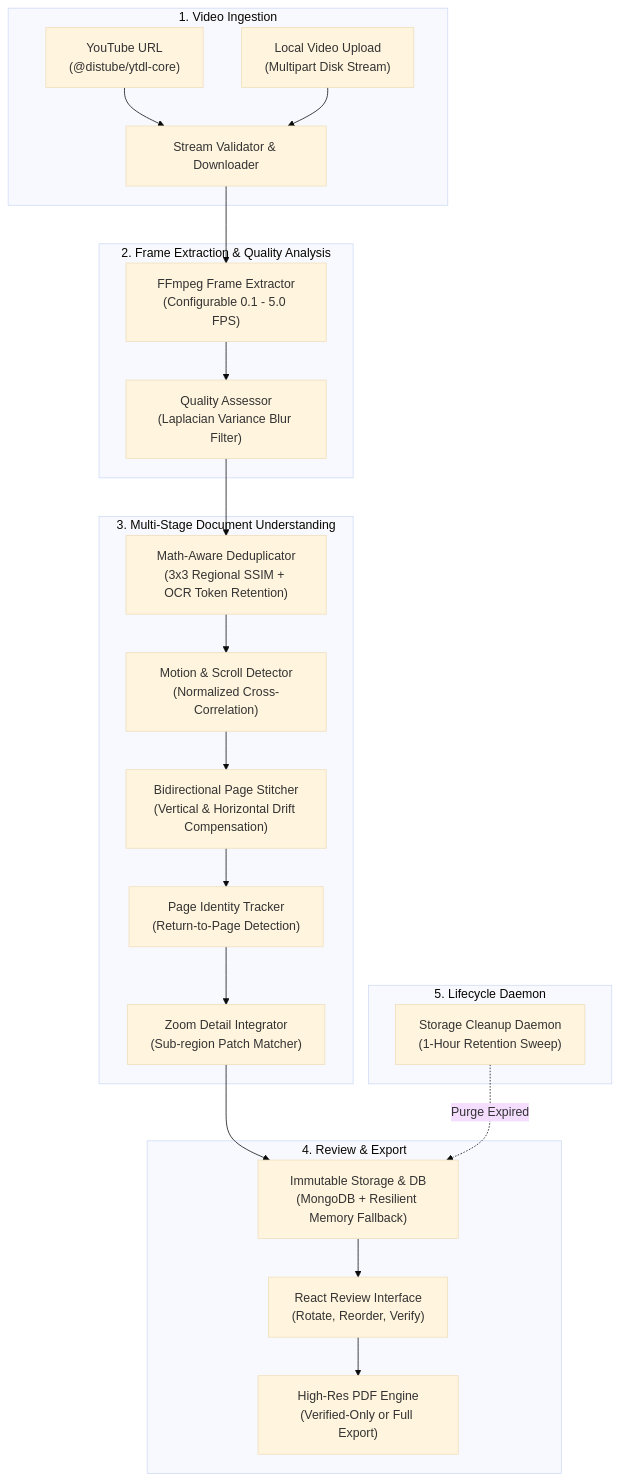
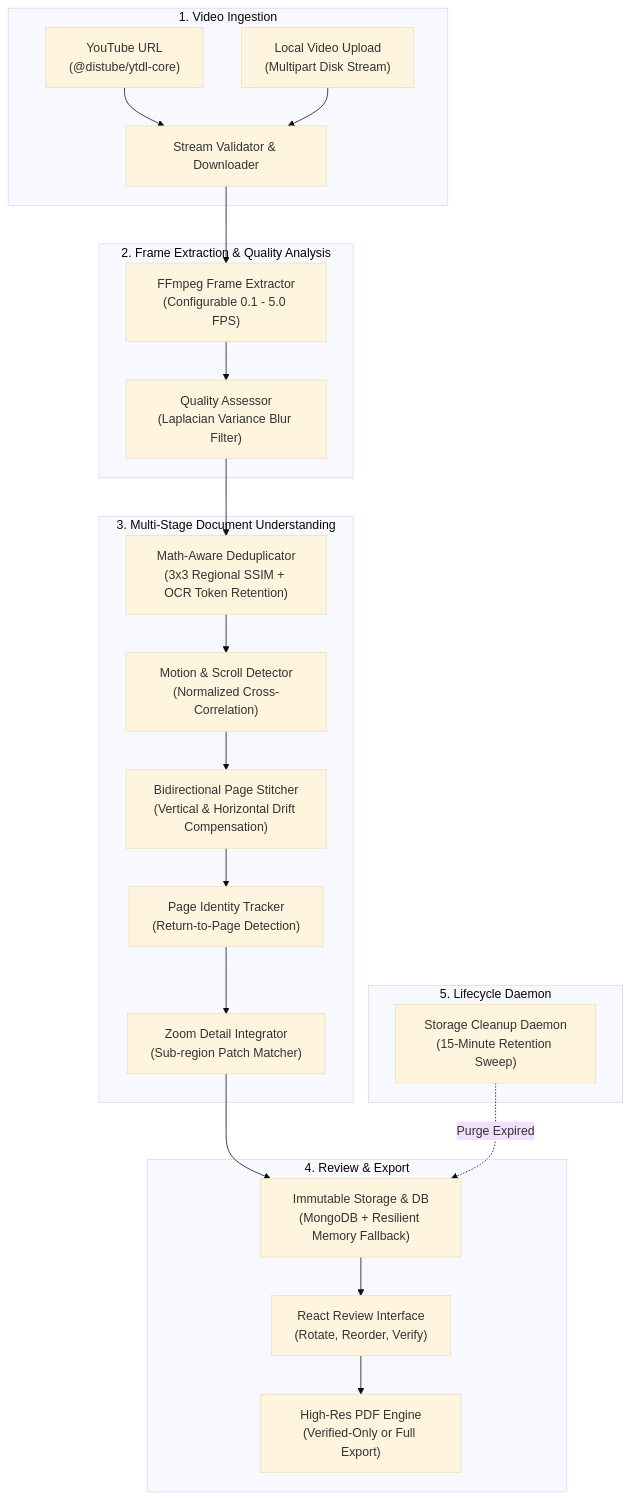
The diagram in README.md (muhammednawaf/lecture_note_extractor), drawn with Mermaid (base theme) before and after one commit. The commit also changed other lines of this file and 10 other files, not shown here.

Commit message:
fix: resolve frame rate limiting, bypass YouTube bot check, and reduce storage retention to 15m

````diff
--- a/README.md
+++ b/README.md
@@ -21,30 +21,30 @@
 ```mermaid
 flowchart TD
     subgraph Ingestion ["1. Video Ingestion"]
         YT["YouTube URL\n(@distube/ytdl-core)"] --> Ingest["Stream Validator & Downloader"]
         Local["Local Video Upload\n(Multipart Disk Stream)"] --> Ingest
     end
 
     subgraph Extraction ["2. Frame Extraction & Quality Analysis"]
         Ingest --> FFmpeg["FFmpeg Frame Extractor\n(Configurable 0.1 - 5.0 FPS)"]
         FFmpeg --> Quality["Quality Assessor\n(Laplacian Variance Blur Filter)"]
     end
 
     subgraph Detection ["3. Multi-Stage Document Understanding"]
         Quality --> Dedup["Math-Aware Deduplicator\n(3x3 Regional SSIM + OCR Token Retention)"]
         Dedup --> Motion["Motion & Scroll Detector\n(Normalized Cross-Correlation)"]
         Motion --> Stitcher["Bidirectional Page Stitcher\n(Vertical & Horizontal Drift Compensation)"]
         Stitcher --> Identity["Page Identity Tracker\n(Return-to-Page Detection)"]
         Identity --> Zoom["Zoom Detail Integrator\n(Sub-region Patch Matcher)"]
     end
 
     subgraph Curation ["4. Review & Export"]
         Zoom --> Store["Immutable Storage & DB\n(MongoDB + Resilient Memory Fallback)"]
         Store --> ReviewUI["React Review Interface\n(Rotate, Reorder, Verify)"]
         ReviewUI --> PDF["High-Res PDF Engine\n(Verified-Only or Full Export)"]
     end
 
     subgraph Lifecycle ["5. Lifecycle Daemon"]
-        Cleanup["Storage Cleanup Daemon\n(1-Hour Retention Sweep)"] -.->|Purge Expired| Store
+        Cleanup["Storage Cleanup Daemon\n(15-Minute Retention Sweep)"] -.->|Purge Expired| Store
     end
 ```
````
